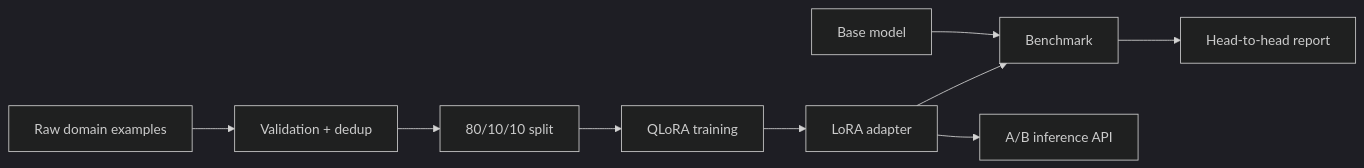
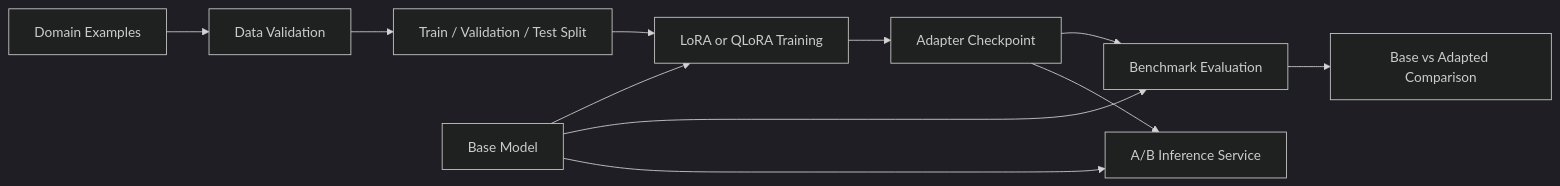
The diagram in README.md (abdullahijaz5961/lora-domain-finetuning-pipeline), drawn with Mermaid (dark theme) before and after one commit. The commit also changed other lines of this file, not shown here.

````diff
--- a/README.md
+++ b/README.md
@@ -33,11 +36,16 @@
 ```mermaid
 flowchart LR
-R[Raw domain examples] --> V[Validation + dedup]
-V --> S[80/10/10 split]
-S --> T[QLoRA training]
-T --> A[LoRA adapter]
-B[Base model] --> E[Benchmark]
-A --> E
-E --> C[Head-to-head report]
-A --> API[A/B inference API]
+    D[Domain Examples] --> V[Data Validation]
+    V --> S[Train / Validation / Test Split]
+    S --> T[LoRA or QLoRA Training]
+
+    B[Base Model] --> T
+    T --> A[Adapter Checkpoint]
+
+    B --> E[Benchmark Evaluation]
+    A --> E
+    E --> C[Base vs Adapted Comparison]
+
+    B --> API[A/B Inference Service]
+    A --> API
 ```
````
